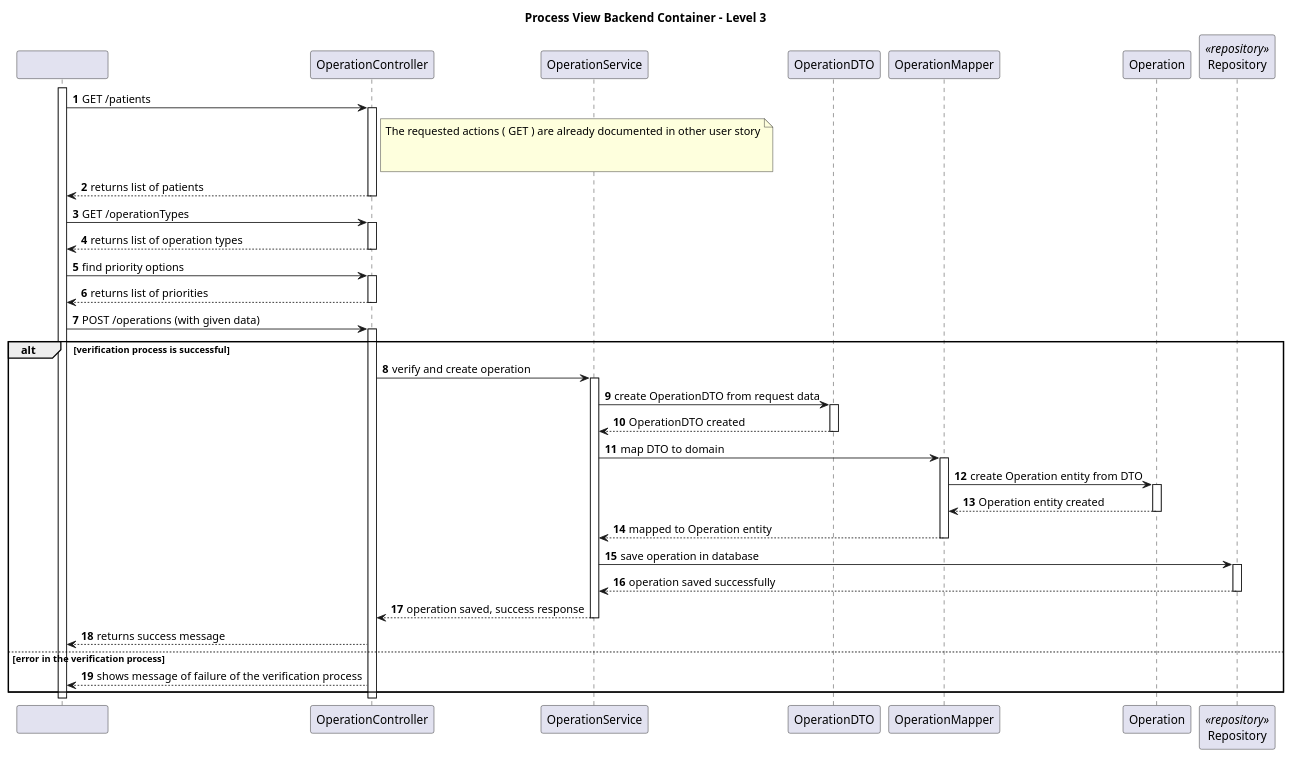
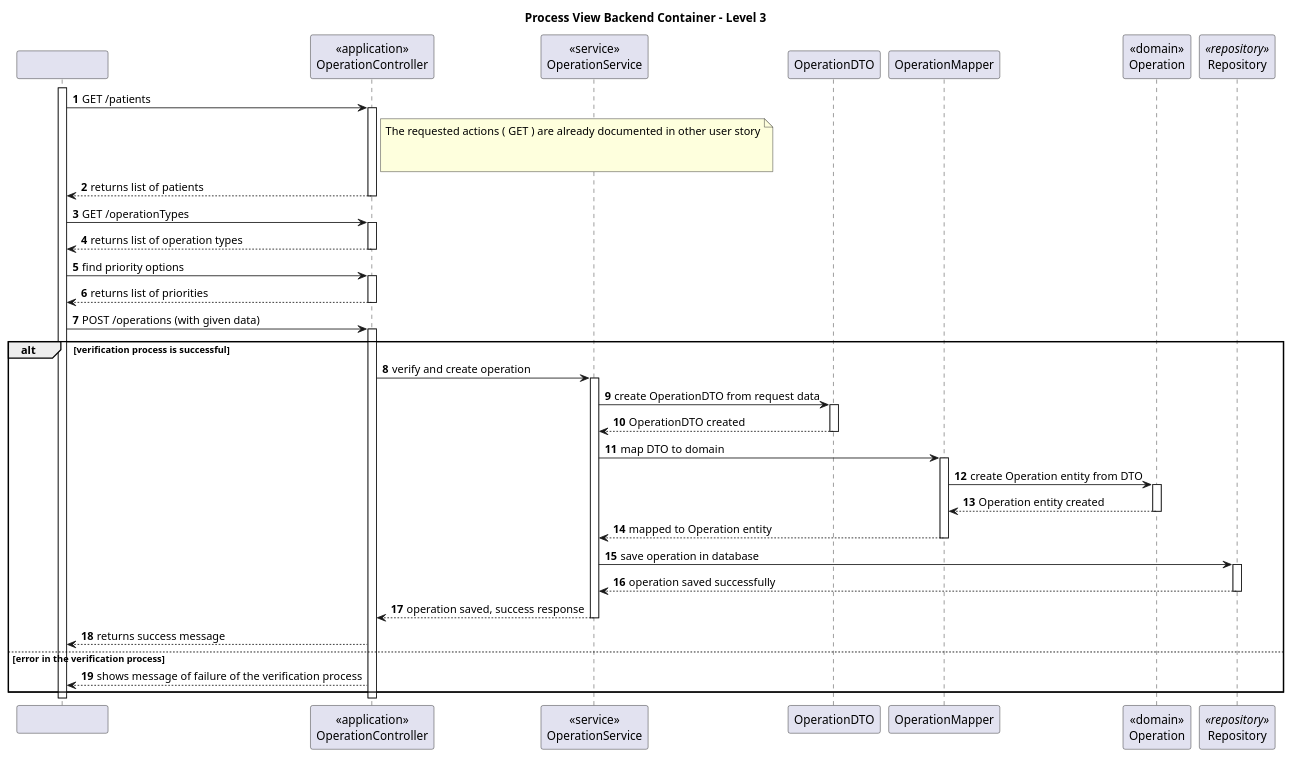
Before and after one commit to Saquinho74/LAPR5: the diagram in Docs/SprintA/US16/level3/process_view.puml, drawn with PlantUML. The commit also changed 3 other files, not shown here.

```diff
--- a/Docs/SprintA/US16/level3/process_view.puml
+++ b/Docs/SprintA/US16/level3/process_view.puml
@@ -1,85 +1,85 @@
 @startuml
 autonumber
 participant "                          " as sys
-participant "OperationController" as ctrl
-participant "OperationService" as serv
+participant "<<application>>\nOperationController" as ctrl
+participant "<<service>>\nOperationService" as serv
 participant "OperationDTO" as dto
 participant "OperationMapper" as map
-participant "Operation" as operation
+participant "<<domain>>\nOperation" as operation
 participant "Repository" as repo <<repository>>
 
 title Process View Backend Container - Level 3
 
 
 activate sys
 
 sys -> ctrl : GET /patients
 note right of ctrl
   The requested actions ( GET ) are already documented in other user story
 
 
 end note
 
 activate ctrl
 ctrl --> sys : returns list of patients
 deactivate ctrl
 
 
 sys -> ctrl : GET /operationTypes
 
 
 
 
 
 
 
 
 activate ctrl
 
 
 ctrl --> sys : returns list of operation types
 deactivate ctrl
 
 sys -> ctrl : find priority options
 activate ctrl
 ctrl --> sys : returns list of priorities
 deactivate ctrl
 
 sys -> ctrl : POST /operations (with given data)
 activate ctrl
 
 alt verification process is successful
   ctrl -> serv : verify and create operation
   activate serv
 
   serv -> dto : create OperationDTO from request data
   activate dto
   dto --> serv : OperationDTO created
   deactivate dto
 
   serv -> map : map DTO to domain
   activate map
   map -> operation : create Operation entity from DTO
   activate operation
   operation --> map : Operation entity created
   deactivate operation
   map --> serv : mapped to Operation entity
   deactivate map
 
   serv -> repo : save operation in database
   activate repo
   repo --> serv : operation saved successfully
   deactivate repo
 
   serv --> ctrl : operation saved, success response
   deactivate serv
 
   ctrl --> sys : returns success message
 else error in the verification process
   ctrl --> sys : shows message of failure of the verification process
 end
 
 deactivate ctrl
 deactivate sys
 
 @enduml
```
